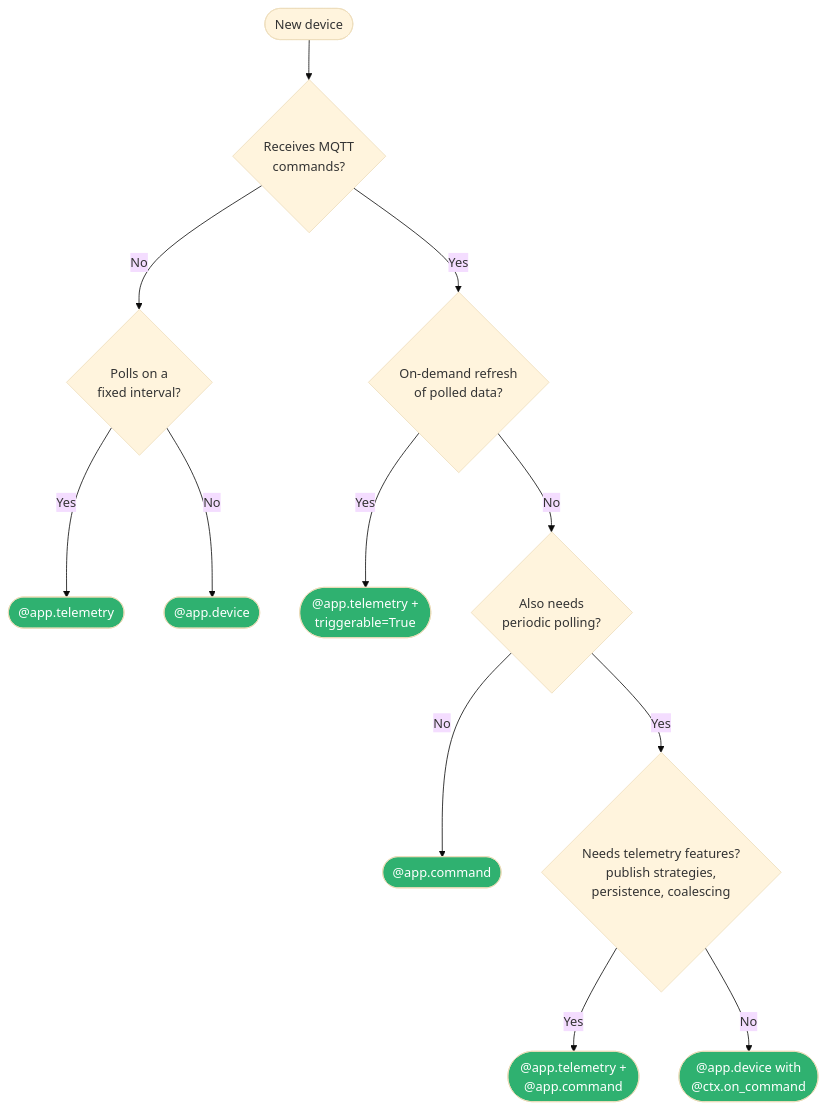
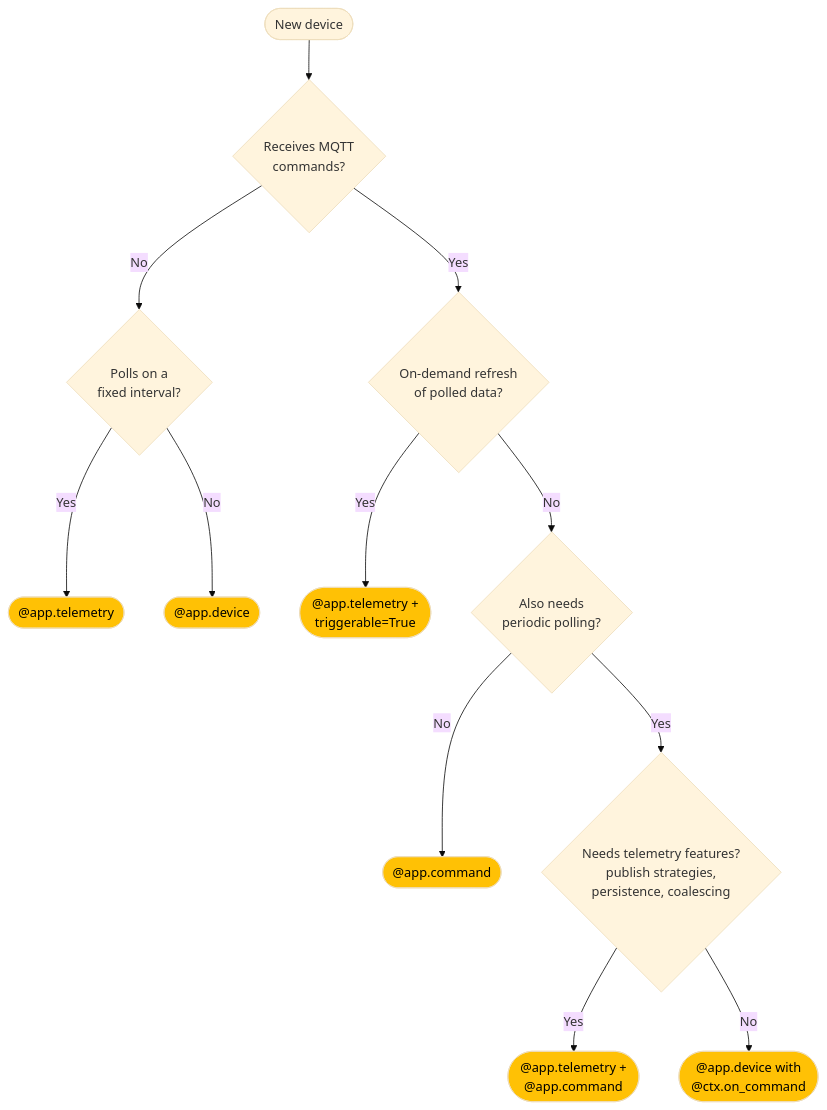
One commit to ff-fab/cosalette changed the fourth of 4 diagrams in docs/concepts/device-archetypes.md. Above: the diagram before and after it, drawn with Mermaid (base theme). The commit also changed 9 other files, not shown here.

````diff
--- a/docs/concepts/device-archetypes.md
+++ b/docs/concepts/device-archetypes.md
@@ -321,23 +321,23 @@
 ```mermaid
 graph TD
     Start([New device]) --> Q1{Receives MQTT<br/>commands?}
 
     Q1 -->|No| Q2{Polls on a<br/>fixed interval?}
     Q2 -->|Yes| T(["@app.telemetry"])
     Q2 -->|No| D1(["@app.device"])
 
     Q1 -->|Yes| Q1a{On-demand refresh<br/>of polled data?}
     Q1a -->|Yes| TT(["@app.telemetry +<br/>triggerable=True"])
     Q1a -->|No| Q3{Also needs<br/>periodic polling?}
     Q3 -->|No| C(["@app.command"])
     Q3 -->|Yes| Q4{Needs telemetry features?<br/>publish strategies,<br/>persistence, coalescing}
     Q4 -->|Yes| TC(["@app.telemetry +<br/>@app.command"])
     Q4 -->|No| D2(["@app.device with<br/>@ctx.on_command"])
 
-    style T fill:#2FB170,color:#fff
-    style D1 fill:#2FB170,color:#fff
-    style C fill:#2FB170,color:#fff
-    style TT fill:#2FB170,color:#fff
-    style TC fill:#2FB170,color:#fff
-    style D2 fill:#2FB170,color:#fff
+    style T fill:#FFC105,color:#000000
+    style D1 fill:#FFC105,color:#000000
+    style C fill:#FFC105,color:#000000
+    style TT fill:#FFC105,color:#000000
+    style TC fill:#FFC105,color:#000000
+    style D2 fill:#FFC105,color:#000000
 ```
````
